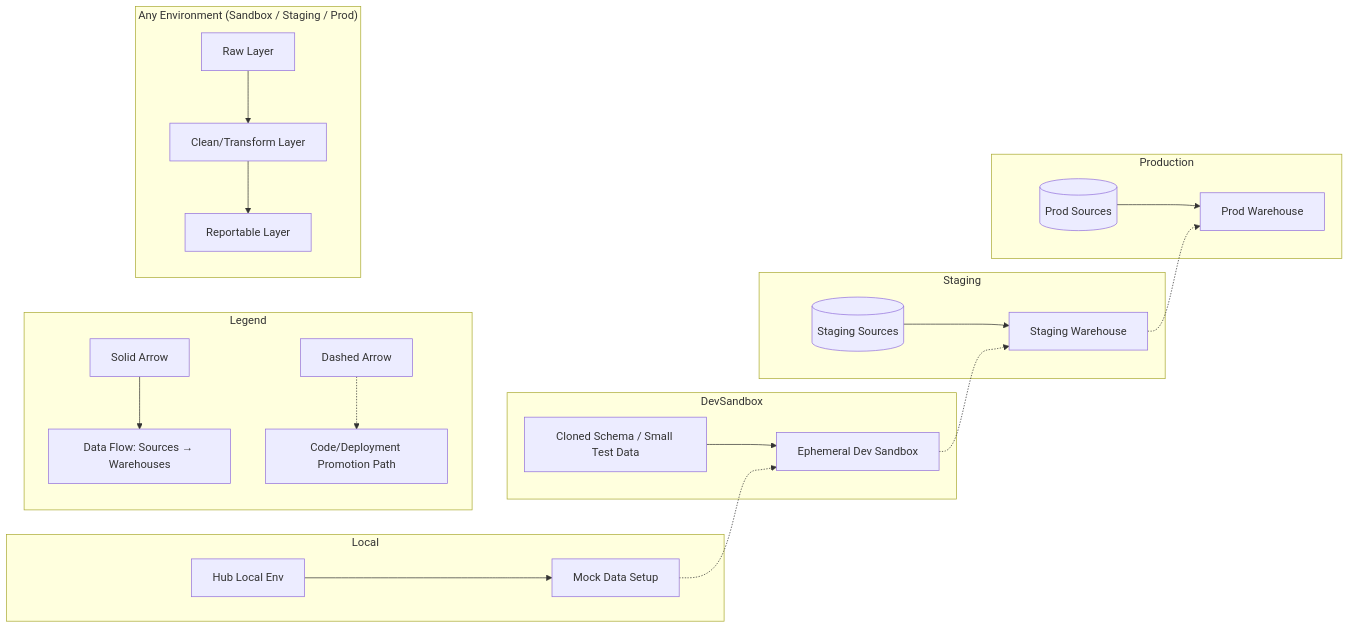
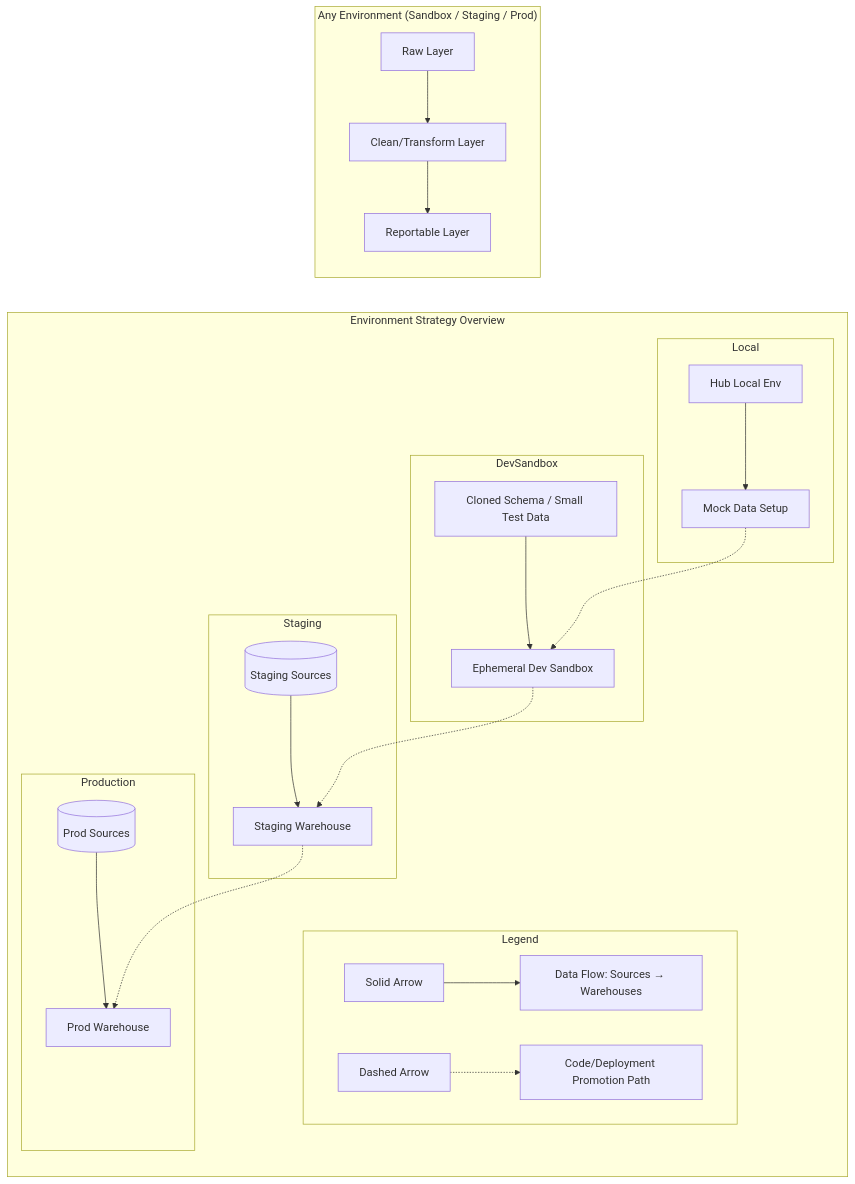
Before and after one commit to hong-guo-ffg/snowflake-R: the diagram in env-setup.mmd, drawn with Mermaid. The commit also changed other lines of this file, not shown here.

```diff
--- a/env-setup.mmd
+++ b/env-setup.mmd
@@ -1,49 +1,56 @@
+
 flowchart LR
 
-%% Local Dev
-subgraph Local
-  A1[Hub Local Env]
-  A2[Mock Data Setup]
-  A1 --> A2
-end
+%% Group environments together
+subgraph Deployment_Environments["Environment Strategy Overview"]
+        %% Legend
+    subgraph Legend
+    L1[Solid Arrow] --> L2[Data Flow: Sources → Warehouses]
+    L3[Dashed Arrow] -.-> L4[Code/Deployment Promotion Path]
+    end
 
-%% Dev Sandbox
-subgraph DevSandbox
-  B1[Ephemeral Dev Sandbox]
-  B2[Cloned Schema / Small Test Data]
-  B2 --> B1
-end
+    %% Local Dev
+    subgraph Local
+      A1[Hub Local Env]
+      A2[Mock Data Setup]
+      A1 --> A2
+    end
 
-%% Staging
-subgraph Staging
-  C1[Staging Warehouse]
-  C2[(Staging Sources)]
-  C2 --> C1
-end
+    %% Dev Sandbox
+    subgraph DevSandbox
+      B1[Ephemeral Dev Sandbox]
+      B2[Cloned Schema / Small Test Data]
+      B2 --> B1
+    end
 
-%% Production
-subgraph Production
-  D1[Prod Warehouse]
-  D2[(Prod Sources)]
-  D2 --> D1
-end
+    %% Staging
+    subgraph Staging
+      C1[Staging Warehouse]
+      C2[(Staging Sources)]
+      C2 --> C1
+    end
 
-%% Promotion Path (dashed)
-A2 -.-> B1
-B1 -.-> C1
-C1 -.-> D1
+    %% Production
+    subgraph Production
+      D1[Prod Warehouse]
+      D2[(Prod Sources)]
+      D2 --> D1
+    end
 
-%% Legend
-subgraph Legend
-  L1[Solid Arrow] --> L2[Data Flow: Sources → Warehouses]
-  L3[Dashed Arrow] -.-> L4[Code/Deployment Promotion Path]
+    %% Promotion Path (dashed)
+    A2 -.-> B1
+    B1 -.-> C1
+    C1 -.-> D1
+
+
 end
 
 %% Data Flow Within Each Environment
 subgraph Env["Any Environment (Sandbox / Staging / Prod)"]
+    
     R[Raw Layer]
     C[Clean/Transform Layer]
     RP[Reportable Layer]
 
     R --> C --> RP
 end
```
